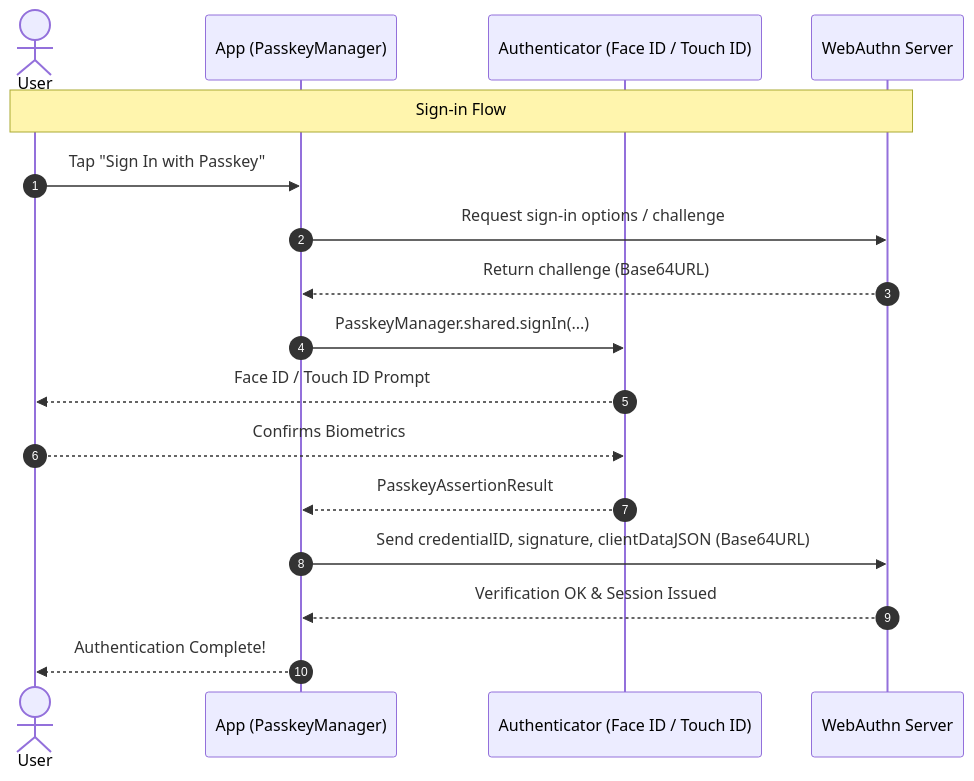
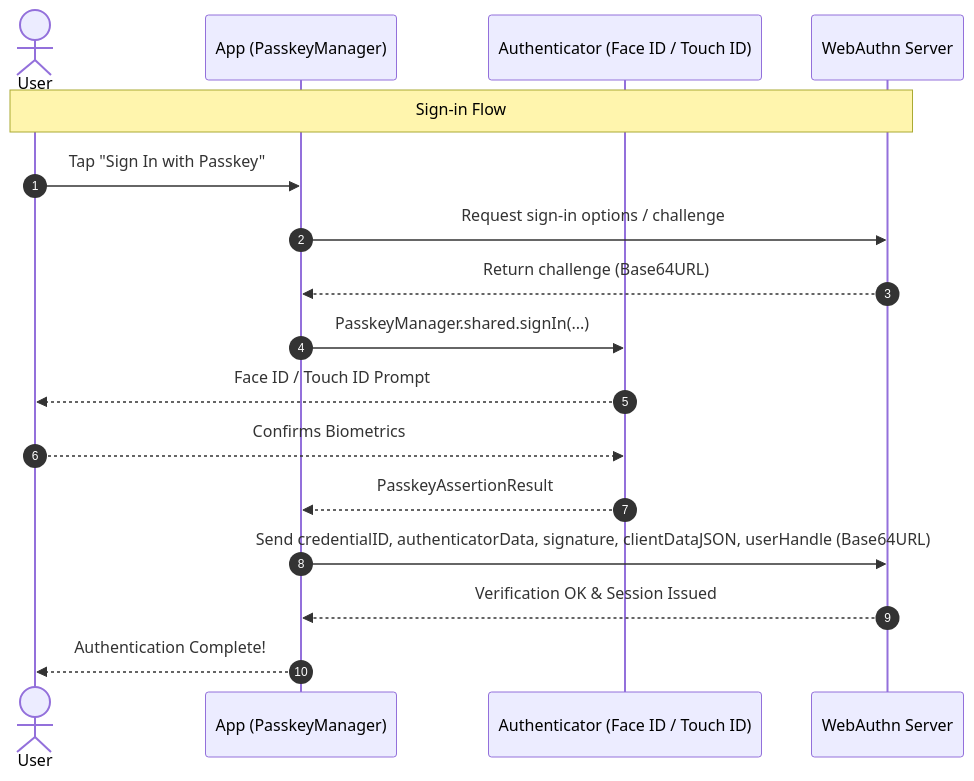
Before and after one commit to bhargavkukadiya/PasskeyManager: the diagram in README.md, drawn with Mermaid. The commit also changed other lines of this file and 2 other files, not shown here.

Commit message:
Improve passkey cancellation and credential filtering

````diff
--- a/README.md
+++ b/README.md
@@ -98,20 +99,20 @@
 ```mermaid
 sequenceDiagram
     autonumber
     actor User
     participant App as App (PasskeyManager)
     participant Auth as Authenticator (Face ID / Touch ID)
     participant Server as WebAuthn Server
 
     Note over User,Server: Sign-in Flow
     User->>App: Tap "Sign In with Passkey"
     App->>Server: Request sign-in options / challenge
     Server-->>App: Return challenge (Base64URL)
     App->>Auth: PasskeyManager.shared.signIn(...)
     Auth-->>User: Face ID / Touch ID Prompt
     User-->>Auth: Confirms Biometrics
     Auth-->>App: PasskeyAssertionResult
-    App->>Server: Send credentialID, signature, clientDataJSON (Base64URL)
+    App->>Server: Send credentialID, authenticatorData, signature, clientDataJSON, userHandle (Base64URL)
     Server-->>App: Verification OK & Session Issued
     App-->>User: Authentication Complete!
 ```
````
